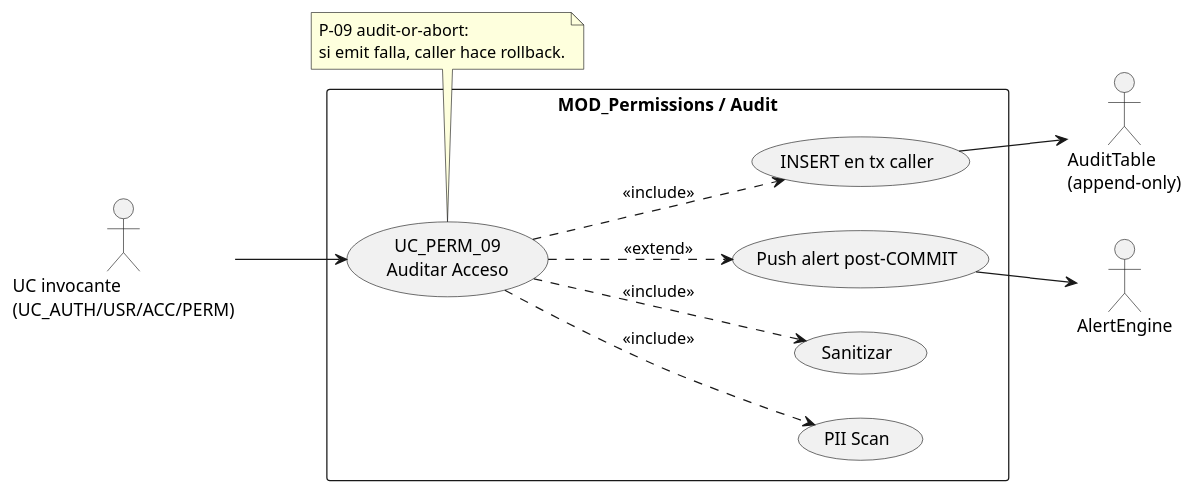
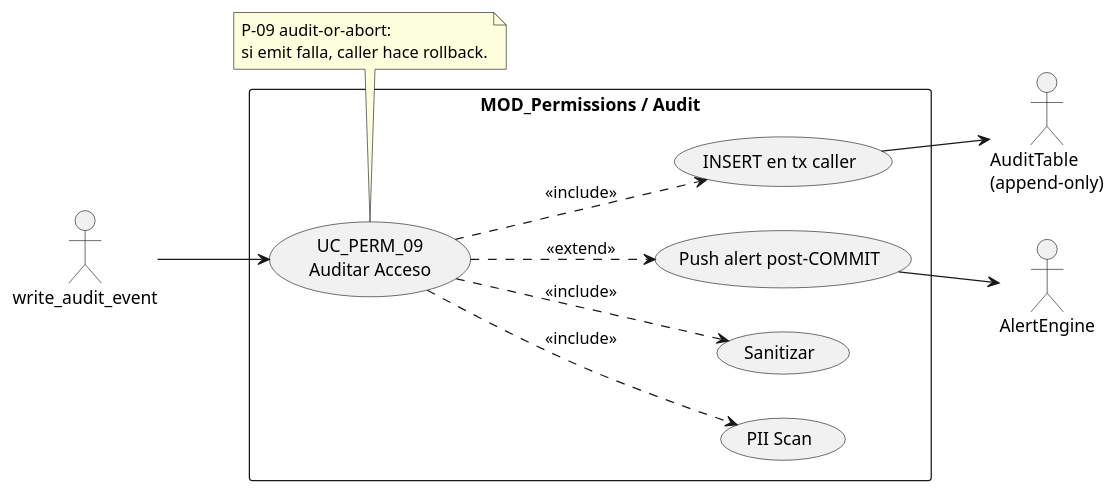
One commit to jcg-admin/IACT-docs changed the first of 4 diagrams in source/requisitos/casos-uso/permissions/uc-perm-09/diagramas-uml.rst. Above: the diagram before and after it, drawn with PlantUML. The commit also changed 5 other files, not shown here.

First line of the commit message:
Complete UC diagram coverage and fix final actor names

```diff
--- a/source/requisitos/casos-uso/permissions/uc-perm-09/diagramas-uml.rst
+++ b/source/requisitos/casos-uso/permissions/uc-perm-09/diagramas-uml.rst
@@ -10,32 +10,32 @@
 .. uml::
  :caption: UC_PERM_09 — auditar acceso
 
  @startuml
  left to right direction
 
- actor "UC invocante\n(UC_AUTH/USR/ACC/PERM)" as CALLER
+ actor "write_audit_event" as CALLER
  actor "AlertEngine" as AE
  actor "AuditTable\n(append-only)" as DB
 
  rectangle "MOD_Permissions / Audit" {
    usecase "UC_PERM_09\nAuditar Acceso" as UC09
    usecase "PII Scan" as PII
    usecase "Sanitizar" as SAN
    usecase "INSERT en tx caller" as INS
    usecase "Push alert post-COMMIT" as ALT
  }
 
  CALLER --> UC09
  UC09 ..> PII : <<include>>
  UC09 ..> SAN : <<include>>
  UC09 ..> INS : <<include>>
  UC09 ..> ALT : <<extend>>
  INS --> DB
  ALT --> AE
 
  note bottom of UC09
    P-09 audit-or-abort:
    si emit falla, caller hace rollback.
  end note
 
  @enduml
```
